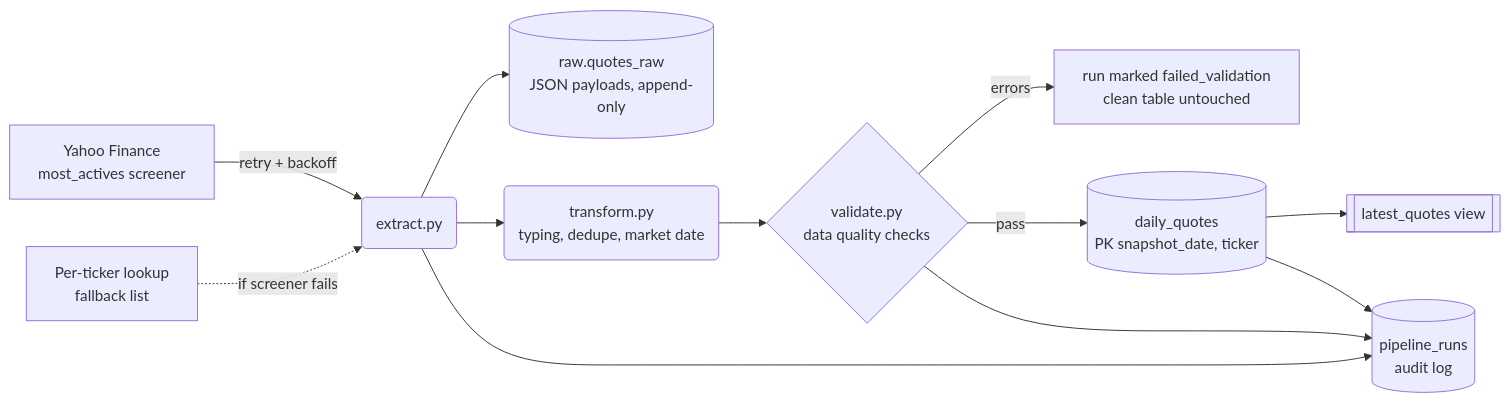
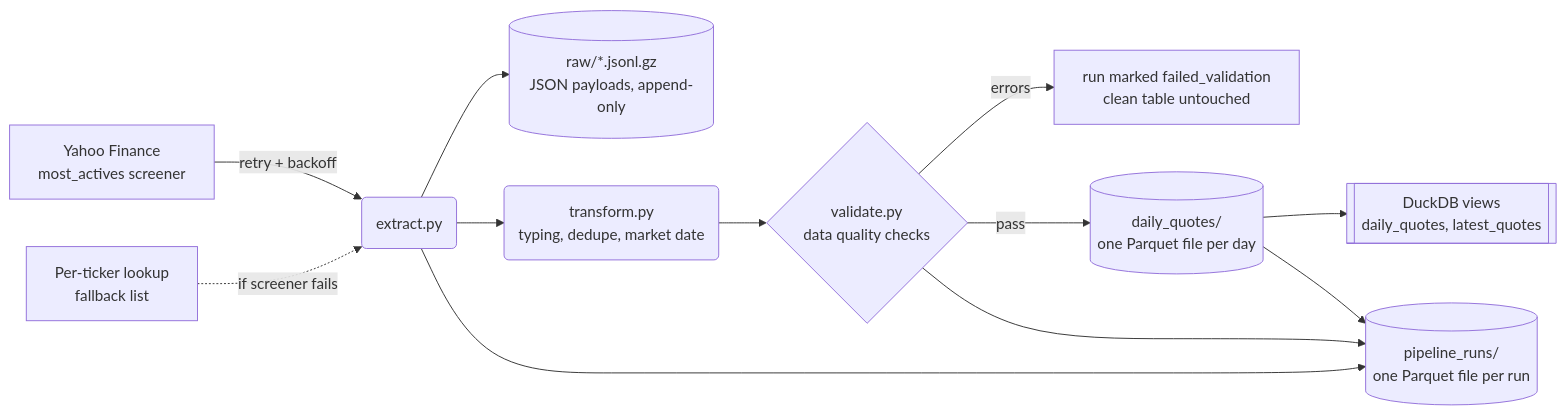
The diagram in README.md (jessecdeluna/stock-pipeline), drawn with Mermaid before and after one commit. The commit also changed other lines of this file and 13 other files, not shown here.

Commit message:
Store the warehouse as daily Parquet files

````diff
--- a/README.md
+++ b/README.md
@@ -12,12 +12,12 @@
 ```mermaid
 flowchart LR
     A[Yahoo Finance<br/>most_actives screener] -->|retry + backoff| B(extract.py)
     A2[Per-ticker lookup<br/>fallback list] -.->|if screener fails| B
-    B --> R[(raw.quotes_raw<br/>JSON payloads, append-only)]
+    B --> R[(raw/*.jsonl.gz<br/>JSON payloads, append-only)]
     B --> C(transform.py<br/>typing, dedupe, market date)
     C --> D{validate.py<br/>data quality checks}
     D -->|errors| X[run marked failed_validation<br/>clean table untouched]
-    D -->|pass| E[(daily_quotes<br/>PK snapshot_date, ticker)]
-    E --> V[[latest_quotes view]]
-    B & D & E --> P[(pipeline_runs<br/>audit log)]
+    D -->|pass| E[(daily_quotes/<br/>one Parquet file per day)]
+    E --> V[[DuckDB views<br/>daily_quotes, latest_quotes]]
+    B & D & E --> P[(pipeline_runs/<br/>one Parquet file per run)]
 ```
````
